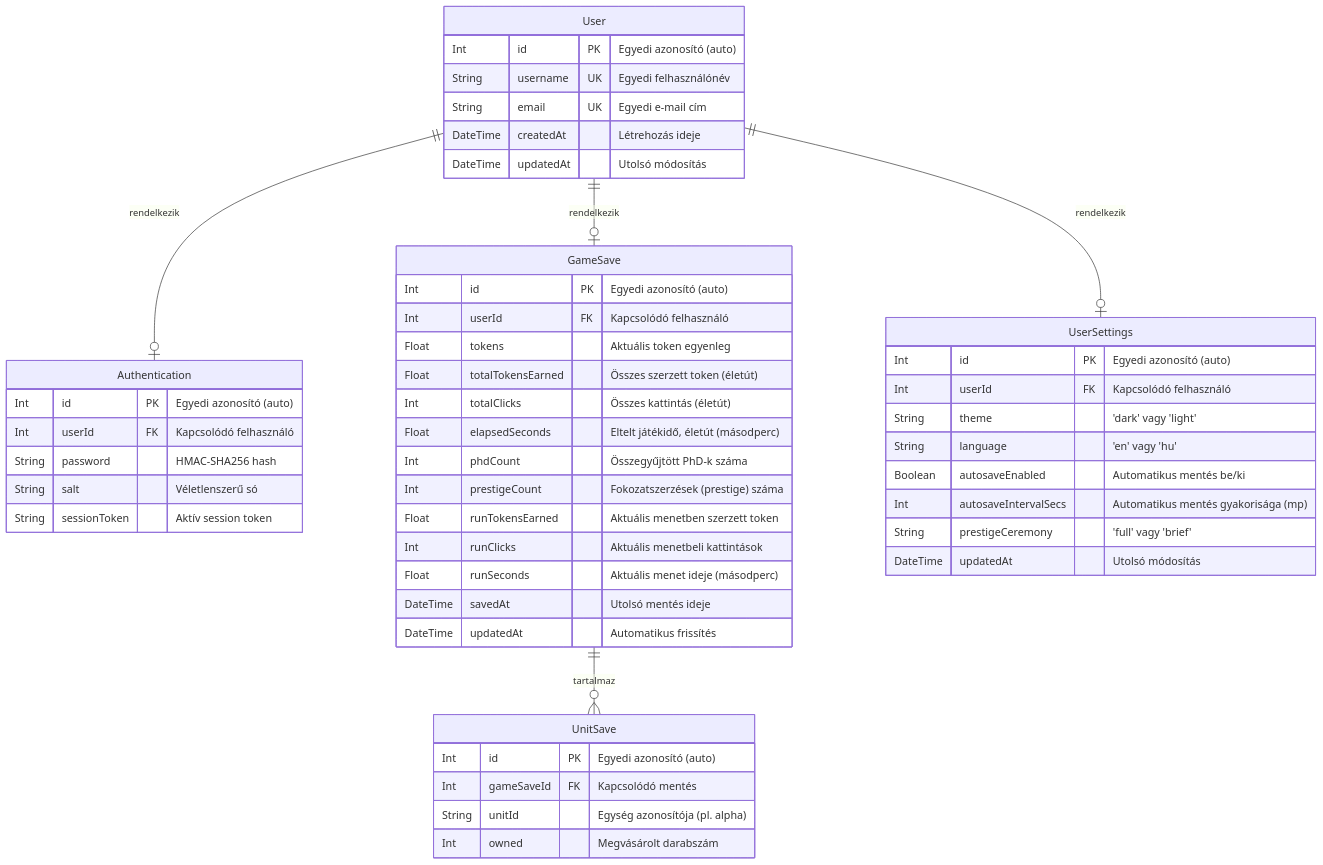
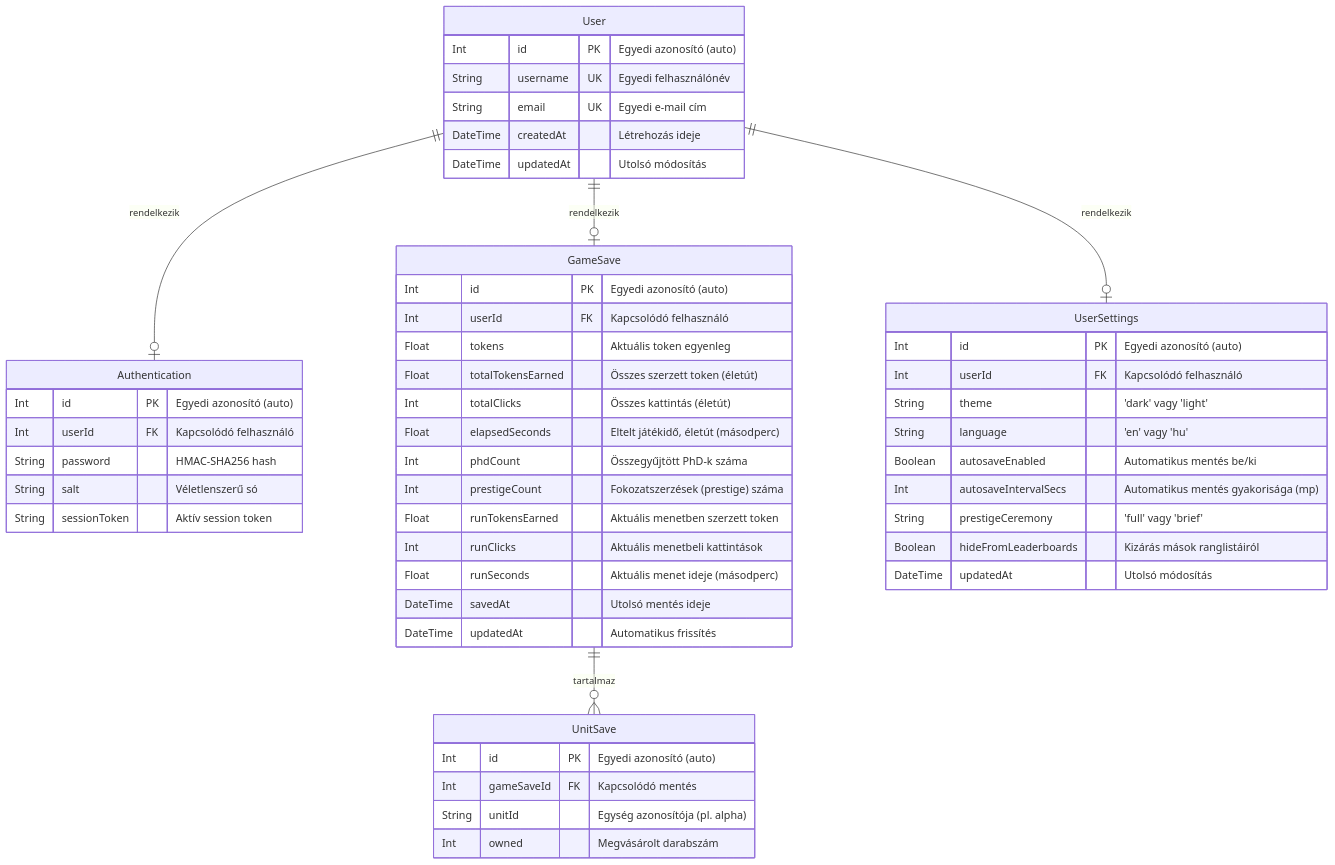
Before and after one commit to Kszg/zuti-clicker: the diagram in docs/uml/uml-adatbazis.md, drawn with Mermaid. The commit also changed other lines of this file and 2 other files, not shown here.

````diff
--- a/docs/uml/uml-adatbazis.md
+++ b/docs/uml/uml-adatbazis.md
@@ -3,57 +3,58 @@
 ```mermaid
 erDiagram
     User {
         Int     id          PK  "Egyedi azonosító (auto)"
         String  username    UK  "Egyedi felhasználónév"
         String  email       UK  "Egyedi e-mail cím"
         DateTime createdAt      "Létrehozás ideje"
         DateTime updatedAt      "Utolsó módosítás"
     }
 
     Authentication {
         Int     id           PK "Egyedi azonosító (auto)"
         Int     userId       FK "Kapcsolódó felhasználó"
         String  password         "HMAC-SHA256 hash"
         String  salt             "Véletlenszerű só"
         String  sessionToken     "Aktív session token"
     }
 
     GameSave {
         Int     id                PK "Egyedi azonosító (auto)"
         Int     userId            FK "Kapcsolódó felhasználó"
         Float   tokens               "Aktuális token egyenleg"
         Float   totalTokensEarned    "Összes szerzett token (életút)"
         Int     totalClicks          "Összes kattintás (életút)"
         Float   elapsedSeconds       "Eltelt játékidő, életút (másodperc)"
         Int     phdCount             "Összegyűjtött PhD-k száma"
         Int     prestigeCount        "Fokozatszerzések (prestige) száma"
         Float   runTokensEarned      "Aktuális menetben szerzett token"
         Int     runClicks            "Aktuális menetbeli kattintások"
         Float   runSeconds           "Aktuális menet ideje (másodperc)"
         DateTime savedAt             "Utolsó mentés ideje"
         DateTime updatedAt           "Automatikus frissítés"
     }
 
     UnitSave {
         Int     id          PK  "Egyedi azonosító (auto)"
         Int     gameSaveId  FK  "Kapcsolódó mentés"
         String  unitId          "Egység azonosítója (pl. alpha)"
         Int     owned           "Megvásárolt darabszám"
     }
 
     UserSettings {
         Int      id                   PK "Egyedi azonosító (auto)"
         Int      userId               FK "Kapcsolódó felhasználó"
         String   theme                   "'dark' vagy 'light'"
         String   language                "'en' vagy 'hu'"
         Boolean  autosaveEnabled         "Automatikus mentés be/ki"
         Int      autosaveIntervalSecs    "Automatikus mentés gyakorisága (mp)"
         String   prestigeCeremony        "'full' vagy 'brief'"
+        Boolean  hideFromLeaderboards    "Kizárás mások ranglistáiról"
         DateTime updatedAt               "Utolsó módosítás"
     }
 
     User ||--o| Authentication : "rendelkezik"
     User ||--o| GameSave       : "rendelkezik"
     User ||--o| UserSettings   : "rendelkezik"
     GameSave ||--o{ UnitSave   : "tartalmaz"
 ```
````
